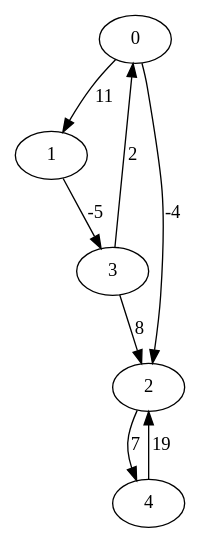
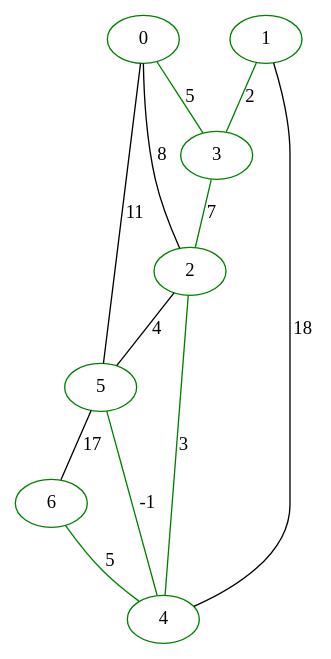
Before and after one commit to enzobonf/algoritmos-grafos: the diagram in output.dot, drawn with Graphviz. The commit also changed 3 other files, not shown here.

```diff
--- a/output.dot
+++ b/output.dot
@@ -1,14 +1,20 @@
-digraph G {
-0 [label="0"];
-1 [label="1"];
-2 [label="2"];
-3 [label="3"];
-4 [label="4"];
-0 -> 1 [label="11"];
-0 -> 2 [label="-4"];
-1 -> 3 [label="-5"];
-2 -> 4 [label="7"];
-3 -> 0 [label="2"];
-3 -> 2 [label="8"];
-4 -> 2 [label="19"];
+graph G {
+0 [label="0", color=green];
+1 [label="1", color=green];
+2 [label="2", color=green];
+3 [label="3", color=green];
+4 [label="4", color=green];
+5 [label="5", color=green];
+6 [label="6", color=green];
+5 -- 4 [label="-1", color=green];
+1 -- 3 [label="2", color=green];
+2 -- 4 [label="3", color=green];
+0 -- 3 [label="5", color=green];
+6 -- 4 [label="5", color=green];
+3 -- 2 [label="7", color=green];
+0 -- 2 [label="8"];
+0 -- 5 [label="11"];
+1 -- 4 [label="18"];
+2 -- 5 [label="4"];
+5 -- 6 [label="17"];
 }
```
